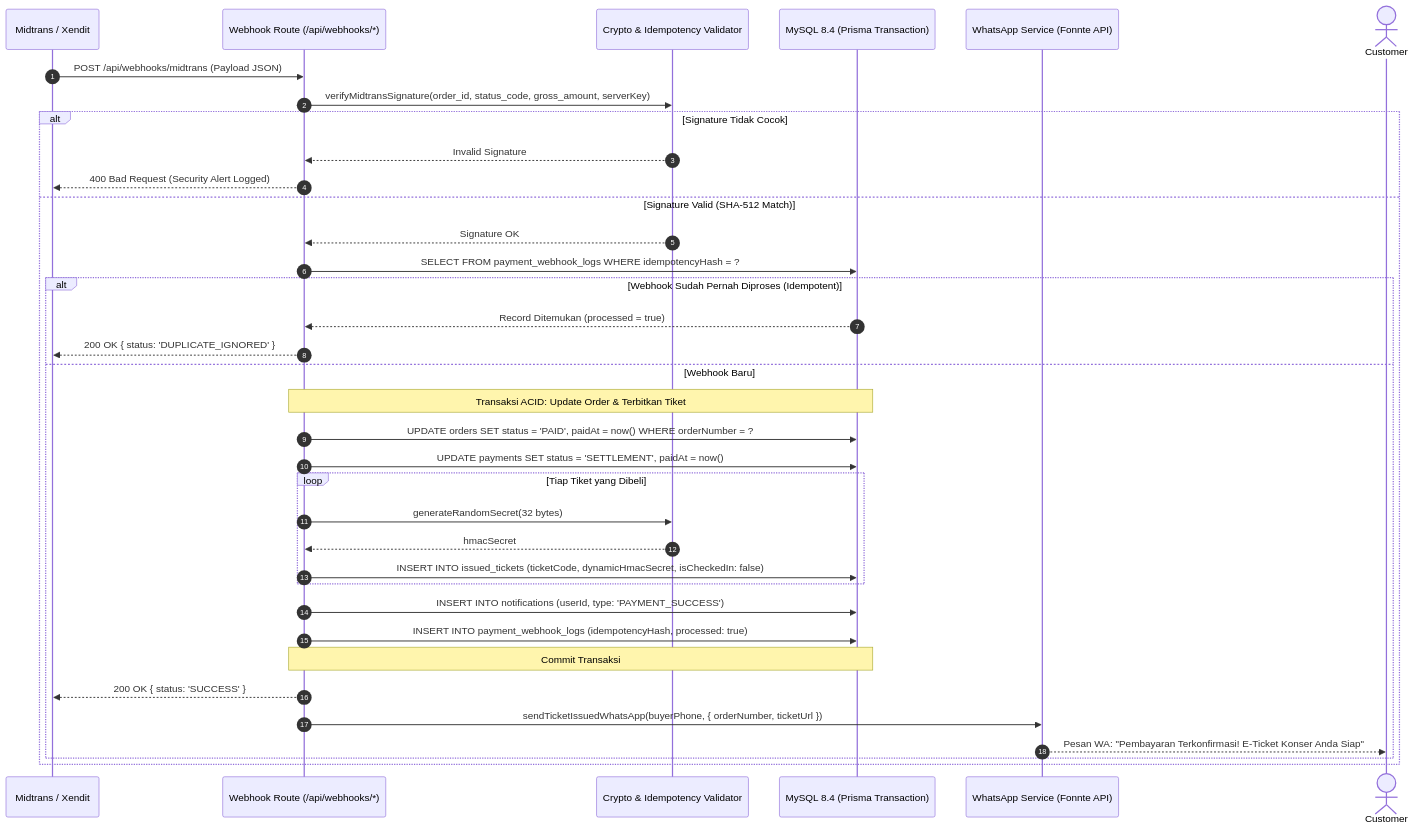
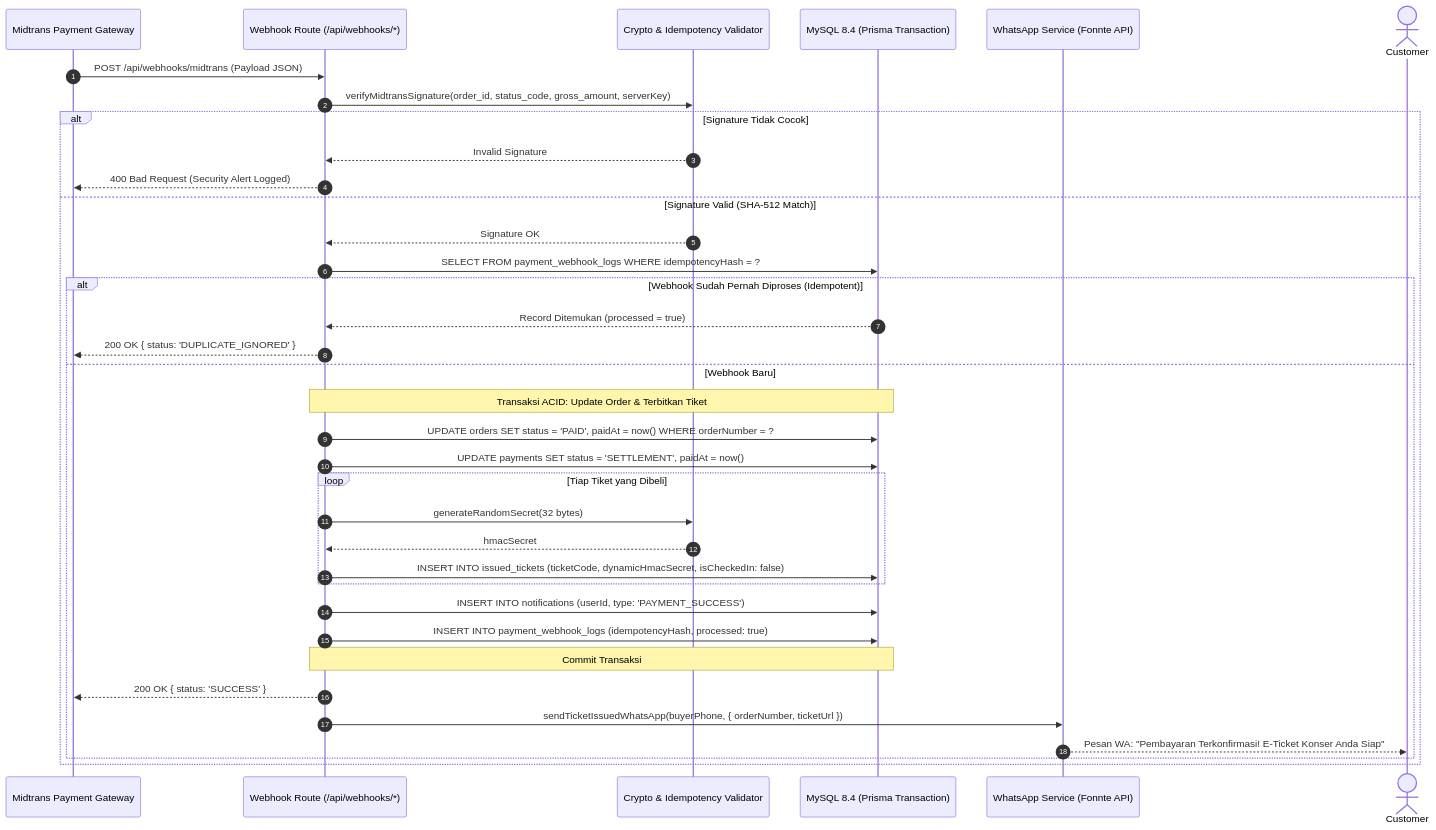
One commit to Algy2009/Ovation.app changed the fifth of 9 diagrams in RANCANGAN_SISTEM_UML_DAN_ERD.md. Above: the diagram before and after it, drawn with Mermaid. The commit also changed other lines of this file and 59 other files, not shown here.

Commit message:
feat: consolidate payment gateway to Midtrans, complete mobile scanner, and enhance enterprise ticketing features

````diff
--- a/RANCANGAN_SISTEM_UML_DAN_ERD.md
+++ b/RANCANGAN_SISTEM_UML_DAN_ERD.md
@@ -275,43 +273,43 @@
 ```mermaid
 sequenceDiagram
     autonumber
-    participant Gateway as Midtrans / Xendit
+    participant Gateway as Midtrans Payment Gateway
     participant WebhookHandler as Webhook Route (/api/webhooks/*)
     participant Crypto as Crypto & Idempotency Validator
     participant DB as MySQL 8.4 (Prisma Transaction)
     participant WhatsApp as WhatsApp Service (Fonnte API)
     actor Customer as Customer
 
     Gateway->>WebhookHandler: POST /api/webhooks/midtrans (Payload JSON)
     WebhookHandler->>Crypto: verifyMidtransSignature(order_id, status_code, gross_amount, serverKey)
     
     alt Signature Tidak Cocok
         Crypto-->>WebhookHandler: Invalid Signature
         WebhookHandler-->>Gateway: 400 Bad Request (Security Alert Logged)
     else Signature Valid (SHA-512 Match)
         Crypto-->>WebhookHandler: Signature OK
         WebhookHandler->>DB: SELECT FROM payment_webhook_logs WHERE idempotencyHash = ?
         
         alt Webhook Sudah Pernah Diproses (Idempotent)
             DB-->>WebhookHandler: Record Ditemukan (processed = true)
             WebhookHandler-->>Gateway: 200 OK { status: 'DUPLICATE_IGNORED' }
         else Webhook Baru
             Note over WebhookHandler,DB: Transaksi ACID: Update Order & Terbitkan Tiket
             WebhookHandler->>DB: UPDATE orders SET status = 'PAID', paidAt = now() WHERE orderNumber = ?
             WebhookHandler->>DB: UPDATE payments SET status = 'SETTLEMENT', paidAt = now()
             loop Tiap Tiket yang Dibeli
                 WebhookHandler->>Crypto: generateRandomSecret(32 bytes)
                 Crypto-->>WebhookHandler: hmacSecret
                 WebhookHandler->>DB: INSERT INTO issued_tickets (ticketCode, dynamicHmacSecret, isCheckedIn: false)
             end
             WebhookHandler->>DB: INSERT INTO notifications (userId, type: 'PAYMENT_SUCCESS')
             WebhookHandler->>DB: INSERT INTO payment_webhook_logs (idempotencyHash, processed: true)
             Note over WebhookHandler,DB: Commit Transaksi
             
             WebhookHandler-->>Gateway: 200 OK { status: 'SUCCESS' }
             
             WebhookHandler->>WhatsApp: sendTicketIssuedWhatsApp(buyerPhone, { orderNumber, ticketUrl })
             WhatsApp-->>Customer: Pesan WA: "Pembayaran Terkonfirmasi! E-Ticket Konser Anda Siap"
         end
     end
 ```
````
